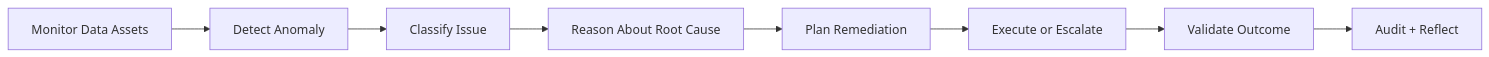
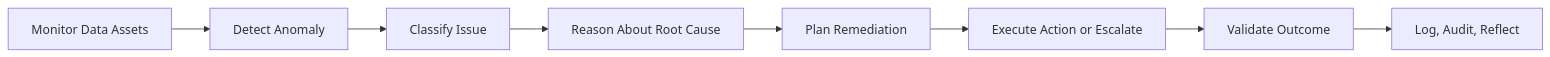
Before and after one commit to dhanumjayasaggurthi/dhanumjayasaggurthi: the third of 4 diagrams in README.md, drawn with Mermaid. The commit also changed other lines of this file, not shown here.

Commit message:
Update README with new profile and architecture details

````diff
--- a/README.md
+++ b/README.md
@@ -169,10 +165,10 @@
 ```mermaid
 flowchart LR
     A[Monitor Data Assets] --> B[Detect Anomaly]
     B --> C[Classify Issue]
     C --> D[Reason About Root Cause]
     D --> E[Plan Remediation]
-    E --> F[Execute or Escalate]
+    E --> F[Execute Action or Escalate]
     F --> G[Validate Outcome]
-    G --> H[Audit + Reflect]
+    G --> H[Log, Audit, Reflect]
 ```
````
